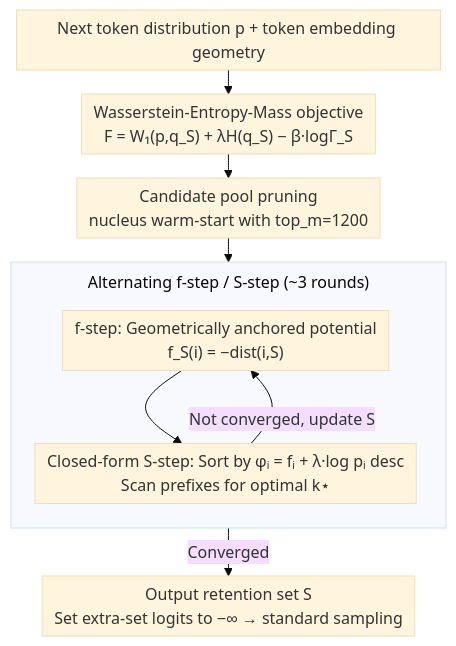
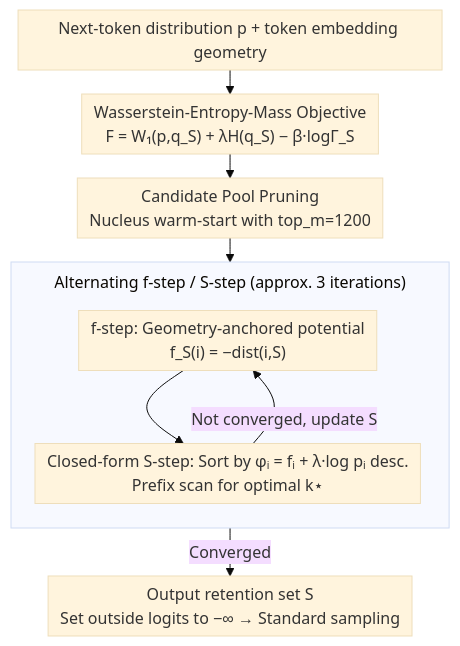
One commit to zhaoyang97/Paper-Notes-en changed the diagram in docs/ICML2026/llm_evaluation/geometry-aware_decoding_with_wasserstein-regularized_truncation_and_mass_penalti.md. Above: the diagram before and after it, drawn with Mermaid (base theme). The commit also changed other lines of this file and 5084 other files, not shown here.

````diff
--- a/docs/ICML2026/llm_evaluation/geometry-aware_decoding_with_wasserstein-regularized_truncation_and_mass_penalti.md
+++ b/docs/ICML2026/llm_evaluation/geometry-aware_decoding_with_wasserstein-regularized_truncation_and_mass_penalti.md
@@ -42,15 +42,15 @@
 ```mermaid
 %%{init: {'flowchart': {'rankSpacing': 24, 'nodeSpacing': 28, 'padding': 6, 'wrappingWidth': 400, 'subGraphTitleMargin': {'top': 8, 'bottom': 16}}}}%%
 flowchart TD
-    A["Next token distribution p + token embedding geometry"]
-    A --> B["Wasserstein-Entropy-Mass objective<br/>F = W₁(p,q_S) + λH(q_S) − β·logΓ_S"]
-    B --> C["Candidate pool pruning<br/>nucleus warm-start with top_m=1200"]
-    subgraph LOOP["Alternating f-step / S-step (~3 rounds)"]
+    A["Next-token distribution p + token embedding geometry"]
+    A --> B["Wasserstein-Entropy-Mass Objective<br/>F = W₁(p,q_S) + λH(q_S) − β·logΓ_S"]
+    B --> C["Candidate Pool Pruning<br/>Nucleus warm-start with top_m=1200"]
+    subgraph LOOP["Alternating f-step / S-step (approx. 3 iterations)"]
         direction TB
-        D["f-step: Geometrically anchored potential<br/>f_S(i) = −dist(i,S)"]
-        D --> E["Closed-form S-step: Sort by φᵢ = fᵢ + λ·log pᵢ desc<br/>Scan prefixes for optimal k⋆"]
+        D["f-step: Geometry-anchored potential<br/>f_S(i) = −dist(i,S)"]
+        D --> E["Closed-form S-step: Sort by φᵢ = fᵢ + λ·log pᵢ desc.<br/>Prefix scan for optimal k⋆"]
     end
     C --> D
     E -->|Not converged, update S| D
-    E -->|Converged| G["Output retention set S<br/>Set extra-set logits to −∞ → standard sampling"]
+    E -->|Converged| G["Output retention set S<br/>Set outside logits to −∞ → Standard sampling"]
 ```
````
